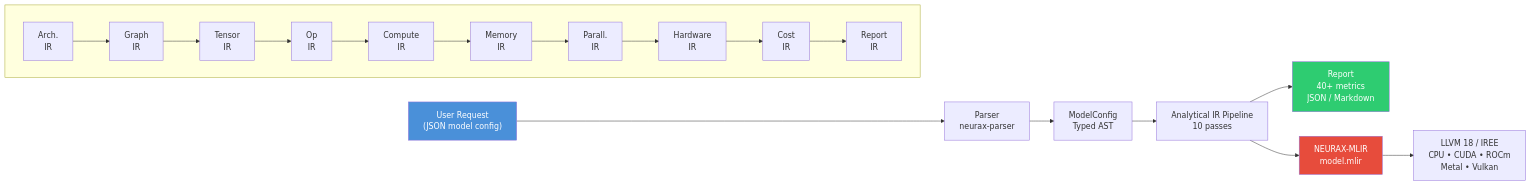
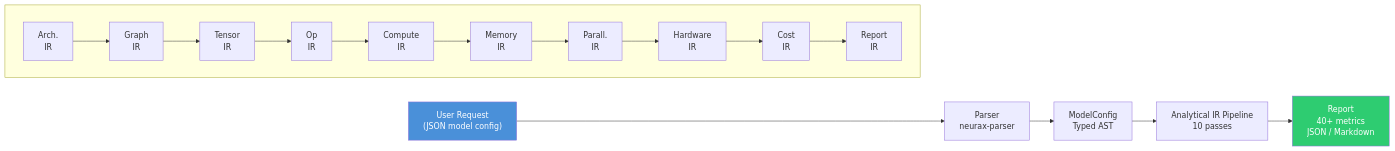
One commit to NEURAX-canvas/NEURAX changed the second of 2 diagrams in book/src/DESIGN.md. Above: the diagram before and after it, drawn with Mermaid. The commit also changed other lines of this file and 3 other files, not shown here.

````diff
--- a/book/src/DESIGN.md
+++ b/book/src/DESIGN.md
@@ -99,20 +96,17 @@
 ```mermaid
 flowchart LR
     INPUT["User Request<br/>(JSON model config)"] --> PARSER["Parser<br/>neurax-parser"]
     PARSER --> AST["ModelConfig<br/>Typed AST"]
     AST --> PIPELINE["Analytical IR Pipeline<br/>10 passes"]
 
     subgraph PIPELINE_CONTENT [" "]
         direction LR
         A["Arch.<br/>IR"] --> G["Graph<br/>IR"] --> T["Tensor<br/>IR"] --> O["Op<br/>IR"] --> C["Compute<br/>IR"]
         C --> M["Memory<br/>IR"] --> P["Parall.<br/>IR"] --> H["Hardware<br/>IR"] --> CO["Cost<br/>IR"] --> R["Report<br/>IR"]
     end
 
     PIPELINE --> REPORT["Report<br/>40+ metrics<br/>JSON / Markdown"]
-    PIPELINE --> MLIR_OUT["NEURAX-MLIR<br/>model.mlir"]
-    MLIR_OUT --> LLVM["LLVM 18 / IREE<br/>CPU • CUDA • ROCm<br/>Metal • Vulkan"]
 
     style INPUT fill:#4a90d9,color:#fff
     style REPORT fill:#2ecc71,color:#fff
-    style MLIR_OUT fill:#e74c3c,color:#fff
 ```
````
